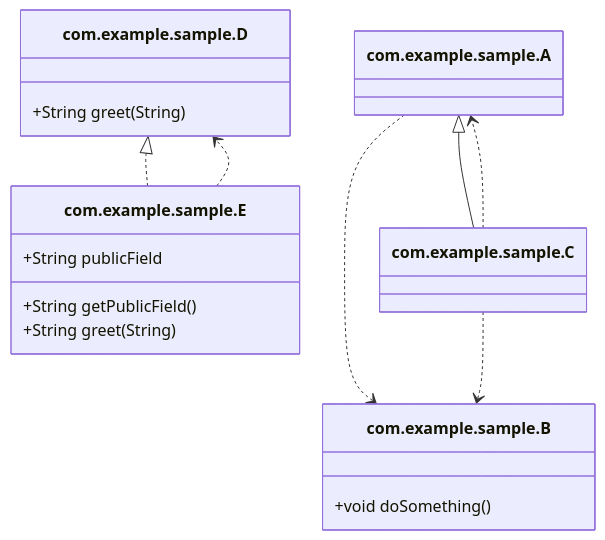
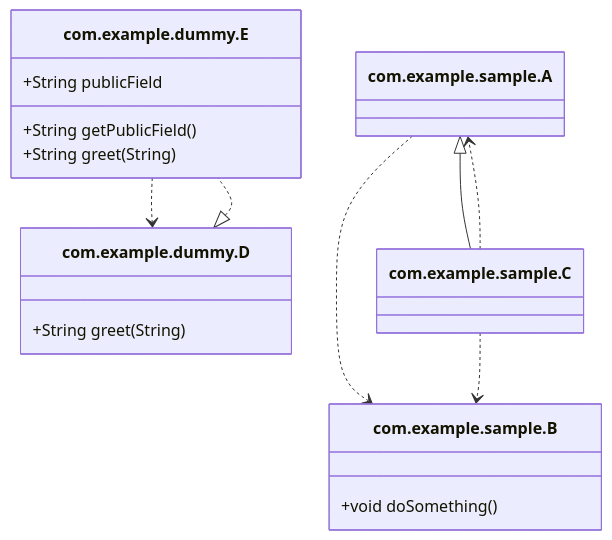
Before and after one commit to euledge/code-atlas: the diagram in sample-project/docs/diagrams/class-diagram.mmd, drawn with Mermaid. The commit also changed 4 other files, not shown here.

```diff
--- a/sample-project/docs/diagrams/class-diagram.mmd
+++ b/sample-project/docs/diagrams/class-diagram.mmd
@@ -1,20 +1,20 @@
 classDiagram
     class com.example.sample.B {
         +void doSomething()
     }
     class com.example.sample.A
     com.example.sample.A ..> com.example.sample.B
-    class com.example.sample.D {
+    class com.example.dummy.E {
+        +String publicField
+        +String getPublicField()
+        +String greet(String)
+    }
+    com.example.dummy.D <|.. com.example.dummy.E
+    com.example.dummy.E ..> com.example.dummy.D
+    class com.example.dummy.D {
         +String greet(String)
     }
     class com.example.sample.C
     com.example.sample.A <|-- com.example.sample.C
     com.example.sample.C ..> com.example.sample.B
     com.example.sample.C ..> com.example.sample.A
-    class com.example.sample.E {
-        +String publicField
-        +String getPublicField()
-        +String greet(String)
-    }
-    com.example.sample.D <|.. com.example.sample.E
-    com.example.sample.E ..> com.example.sample.D
```
